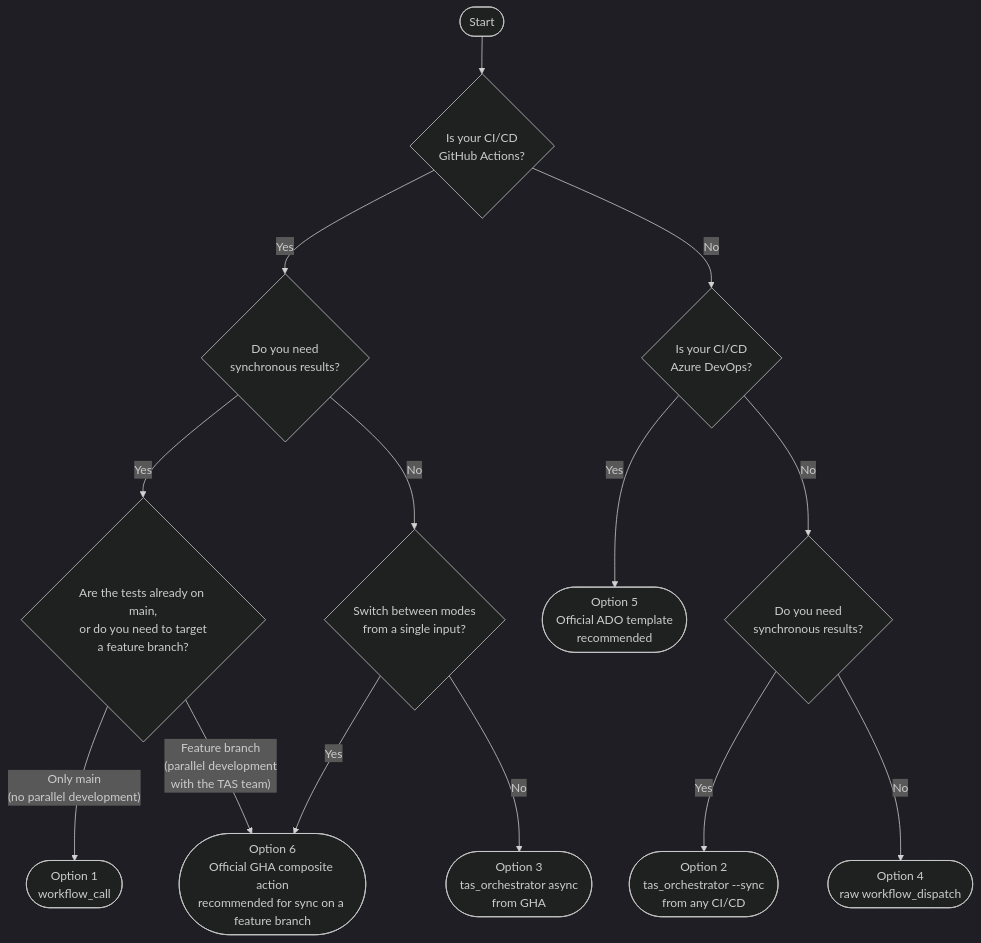
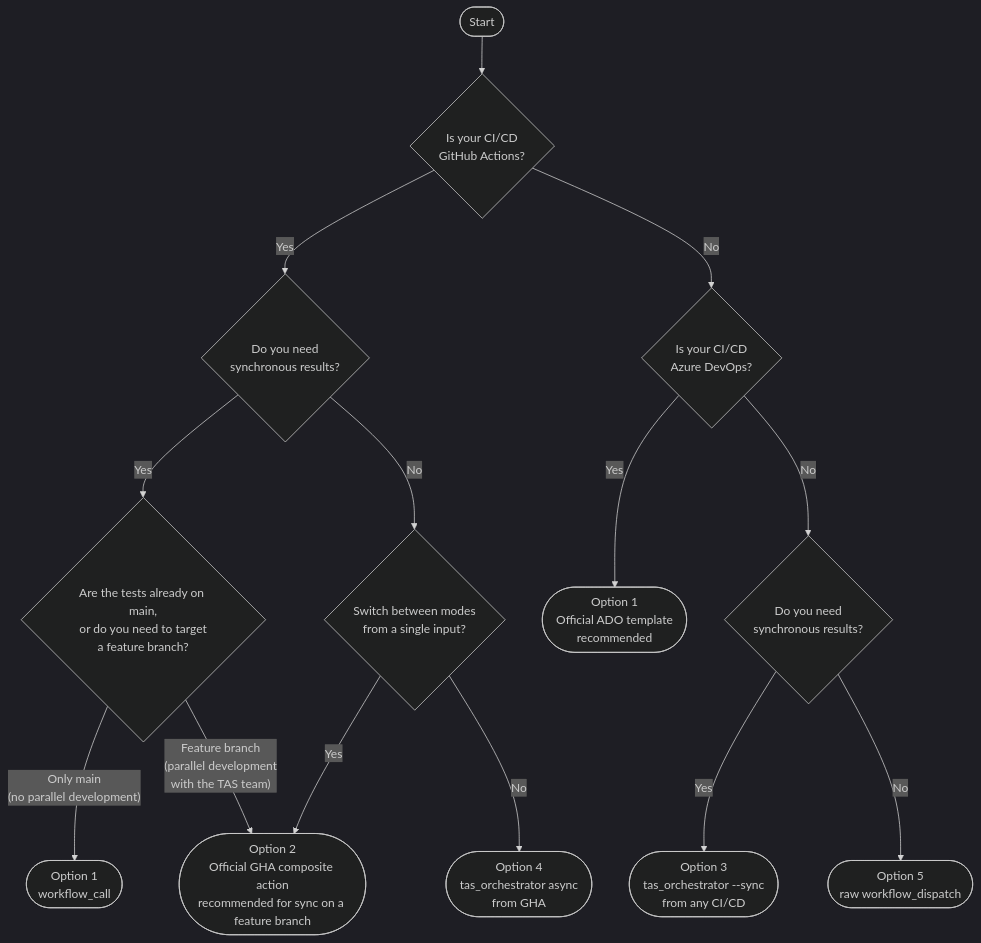
The diagram in docs/tas/tas-developer-guide.md (pagopa/pagopa-platform-integration-test), drawn with Mermaid (dark theme) before and after one commit. The commit also changed other lines of this file and 2 other files, not shown here.

Commit message:
TAS - update documentation

````diff
--- a/docs/tas/tas-developer-guide.md
+++ b/docs/tas/tas-developer-guide.md
@@ -42,22 +42,22 @@
 ```mermaid
 flowchart TD
     A([Start]) --> B{Is your CI/CD\nGitHub Actions?}
 
     B -- Yes --> GHA{Do you need\nsynchronous results?}
     B -- No --> ADO{Is your CI/CD\nAzure DevOps?}
 
-    ADO -- Yes --> G([Option 5\nOfficial ADO template\nrecommended])
+    ADO -- Yes --> G([Option 1\nOfficial ADO template\nrecommended])
     ADO -- No --> G2{Do you need\nsynchronous results?}
 
     GHA -- Yes --> D{Are the tests already on main,\nor do you need to target\na feature branch?}
     GHA -- No --> GHA_ASYNC{Switch between modes\nfrom a single input?}
 
     D -- "Only main\n(no parallel development)" --> F([Option 1\nworkflow_call])
-    D -- "Feature branch\n(parallel development\nwith the TAS team)" --> GHA_TPL([Option 6\nOfficial GHA composite action\nrecommended for sync on a feature branch])
+    D -- "Feature branch\n(parallel development\nwith the TAS team)" --> GHA_TPL([Option 2\nOfficial GHA composite action\nrecommended for sync on a feature branch])
 
     GHA_ASYNC -- Yes --> GHA_TPL
-    GHA_ASYNC -- No  --> E([Option 3\ntas_orchestrator async\nfrom GHA])
+    GHA_ASYNC -- No  --> E([Option 4\ntas_orchestrator async\nfrom GHA])
 
-    G2 -- Yes --> I([Option 2\ntas_orchestrator --sync\nfrom any CI/CD])
-    G2 -- No --> L([Option 4\nraw workflow_dispatch])
+    G2 -- Yes --> I([Option 3\ntas_orchestrator --sync\nfrom any CI/CD])
+    G2 -- No --> L([Option 5\nraw workflow_dispatch])
 ```
````
